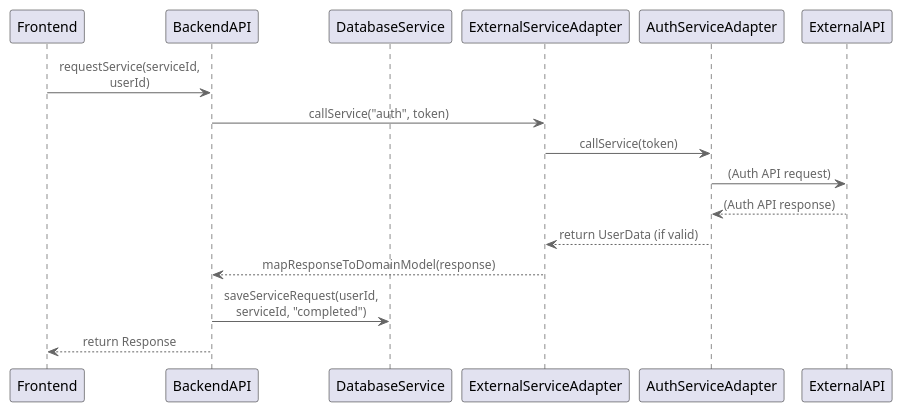
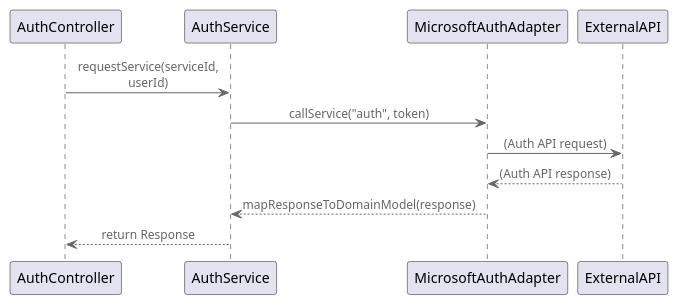
Before and after one commit to AIM-ENE-feb25/triptop-groep-3: the diagram in opdracht-diagrammen/Ontwerpvraag/Cas/Sequence diagram - stap 3 - Cas.puml, drawn with PlantUML. The commit also changed 14 other files, not shown here.

```diff
--- a/opdracht-diagrammen/Ontwerpvraag/Cas/Sequence diagram - stap 3 - Cas.puml
+++ b/opdracht-diagrammen/Ontwerpvraag/Cas/Sequence diagram - stap 3 - Cas.puml
@@ -1,24 +1,18 @@
 @startuml C4_Components
 !include https://raw.githubusercontent.com/plantuml-stdlib/C4-PlantUML/master/C4_Component.puml
 
-participant Frontend
-participant BackendAPI
-participant DatabaseService
-participant ExternalServiceAdapter
-participant AuthServiceAdapter
+participant AuthController
+participant AuthService
+participant MicrosoftAuthAdapter
 participant ExternalAPI
 
-Frontend -> BackendAPI: requestService(serviceId, userId)
-BackendAPI -> ExternalServiceAdapter: callService("auth", token)
-ExternalServiceAdapter -> AuthServiceAdapter: callService(token)
-AuthServiceAdapter -> ExternalAPI: (Auth API request)
+AuthController -> AuthService: requestService(serviceId, userId)
+AuthService -> MicrosoftAuthAdapter: callService("auth", token)
+MicrosoftAuthAdapter -> ExternalAPI: (Auth API request)
 
-ExternalAPI --> AuthServiceAdapter: (Auth API response)
-AuthServiceAdapter --> ExternalServiceAdapter: return UserData (if valid)
-ExternalServiceAdapter --> BackendAPI: mapResponseToDomainModel(response)
+ExternalAPI --> MicrosoftAuthAdapter: (Auth API response)
+MicrosoftAuthAdapter --> AuthService: mapResponseToDomainModel(response)
 
-BackendAPI -> DatabaseService: saveServiceRequest(userId, serviceId, "completed")
-
-BackendAPI --> Frontend: return Response
+AuthService --> AuthController: return Response
 
 @enduml
```
